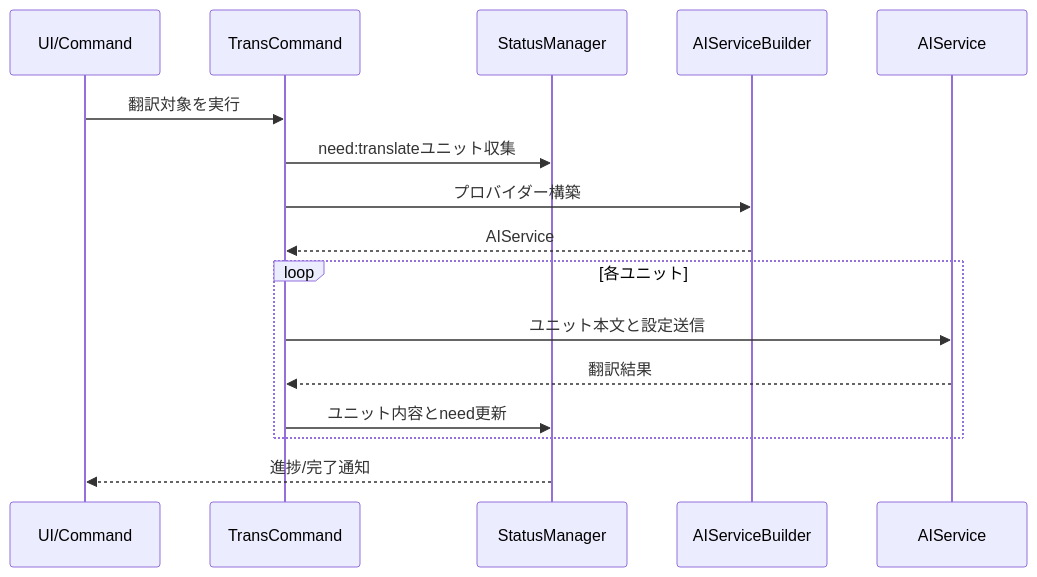
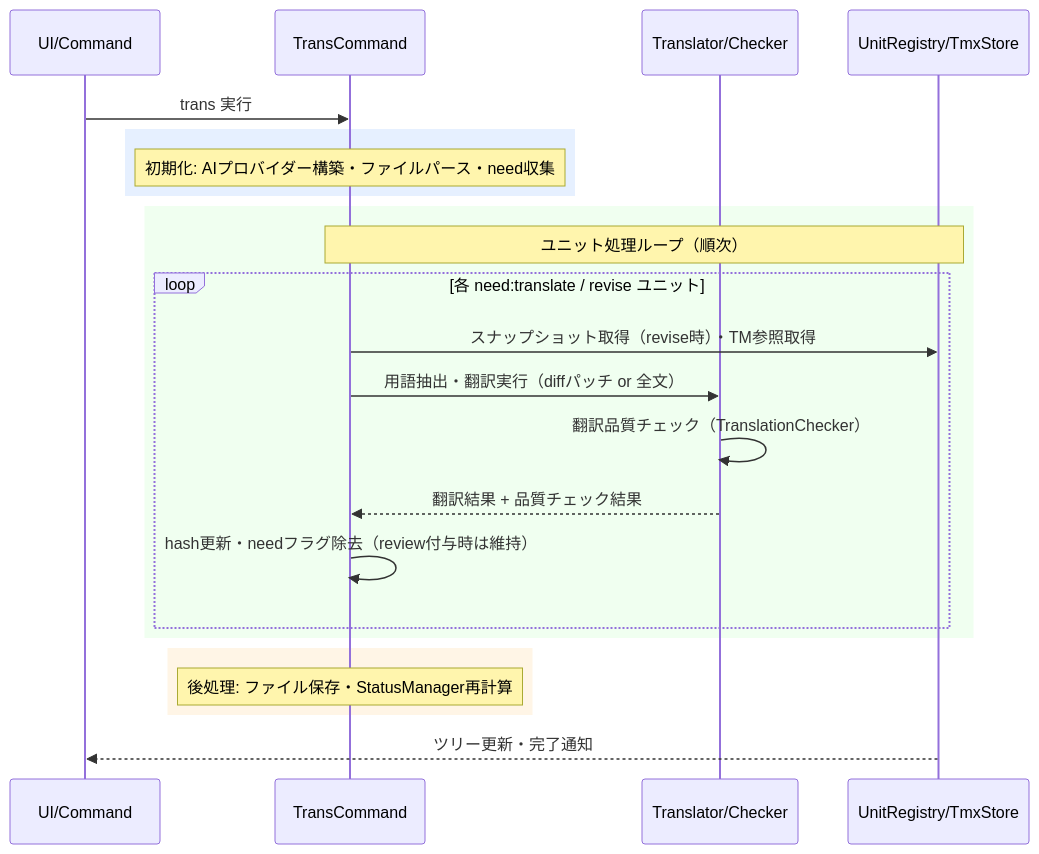
One commit to mochimochiki/mdait changed the diagram in docs/command_trans.md. Above: the diagram before and after it, drawn with Mermaid. The commit also changed other lines of this file and 13 other files, not shown here.

````diff
--- a/docs/command_trans.md
+++ b/docs/command_trans.md
@@ -97,19 +68,30 @@
 ```mermaid
 sequenceDiagram
-	participant UX as UI/Command
-	participant Cmd as TransCommand
-	participant Status as StatusManager
-	participant Builder as AIServiceBuilder
-	participant AI as AIService
+    participant User as UI/Command
+    participant Cmd as TransCommand
+    participant Core as Translator/Checker
+    participant Store as UnitRegistry/TmxStore
 
-	UX->>Cmd: 翻訳対象を実行
-	Cmd->>Status: need:translateユニット収集
-	Cmd->>Builder: プロバイダー構築
-	Builder-->>Cmd: AIService
-	loop 各ユニット
-		Cmd->>AI: ユニット本文と設定送信
-		AI-->>Cmd: 翻訳結果
-		Cmd->>Status: ユニット内容とneed更新
-	end
-	Status-->>UX: 進捗/完了通知
+    User->>Cmd: trans 実行
+
+    rect rgb(230, 240, 255)
+        Note over Cmd: 初期化: AIプロバイダー構築・ファイルパース・need収集
+    end
+
+    rect rgb(240, 255, 240)
+        Note over Cmd,Store: ユニット処理ループ（順次）
+        loop 各 need:translate / revise ユニット
+            Cmd->>Store: スナップショット取得（revise時）・TM参照取得
+            Cmd->>Core: 用語抽出・翻訳実行（diffパッチ or 全文）
+            Core->>Core: 翻訳品質チェック（TranslationChecker）
+            Core-->>Cmd: 翻訳結果 + 品質チェック結果
+            Cmd->>Cmd: hash更新・needフラグ除去（review付与時は維持）
+        end
+    end
+
+    rect rgb(255, 245, 230)
+        Note over Cmd: 後処理: ファイル保存・StatusManager再計算
+    end
+
+    Store-->>User: ツリー更新・完了通知
 ```
````
